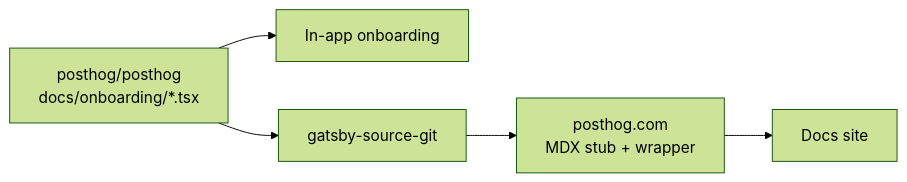
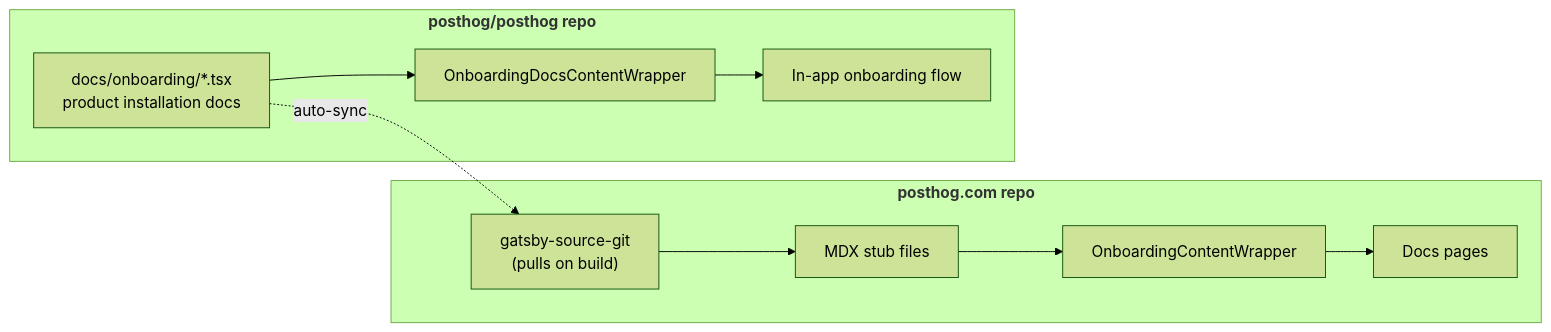
One commit to PostHog/posthog.com changed the diagram in contents/handbook/docs-and-wizard/onboarding-docs.mdx. Above: the diagram before and after it, drawn with Mermaid (forest theme). The commit also changed other lines of this file, not shown here.

````diff
--- a/contents/handbook/docs-and-wizard/onboarding-docs.mdx
+++ b/contents/handbook/docs-and-wizard/onboarding-docs.mdx
@@ -44,7 +57,18 @@
 ```mermaid
 flowchart LR
-    A[posthog/posthog<br/>docs/onboarding/*.tsx] --> B[In-app onboarding]
-    A --> C[gatsby-source-git]
-    C --> D[posthog.com<br/>MDX stub + wrapper]
-    D --> E[Docs site]
+    subgraph website["<strong>posthog.com repo</strong>"]
+        gatsby["gatsby-source-git<br/>(pulls on build)"]
+        mdx["MDX stub files"]
+        wrapper2["OnboardingContentWrapper"]
+        ui2["Docs pages"]
+        gatsby --> mdx --> wrapper2 --> ui2
+    end
+
+    subgraph monorepo["<strong>posthog/posthog repo</strong>"]
+        docs["docs/onboarding/*.tsx<br/>product installation docs"]
+        wrapper1["OnboardingDocsContentWrapper"]
+        ui1["In-app onboarding flow"]
+        docs --> wrapper1 --> ui1
+    end
+    docs -.->|"auto-sync"| gatsby
 ```
````
